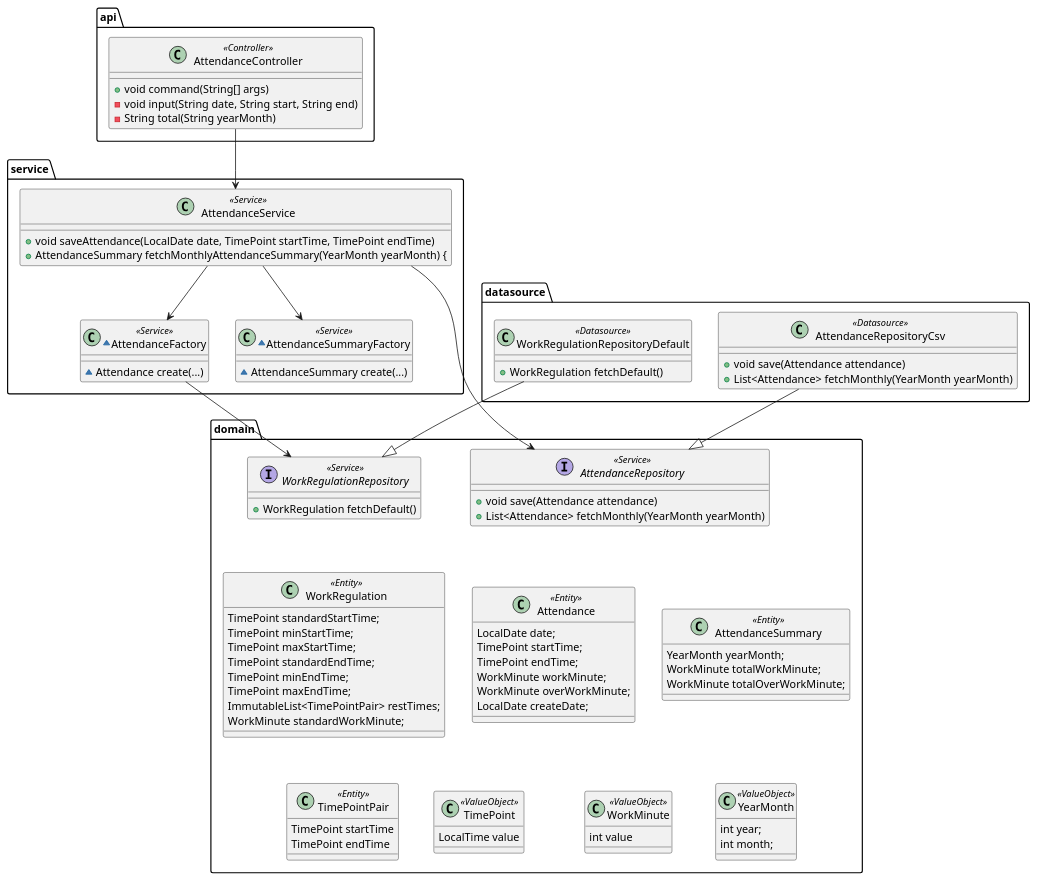
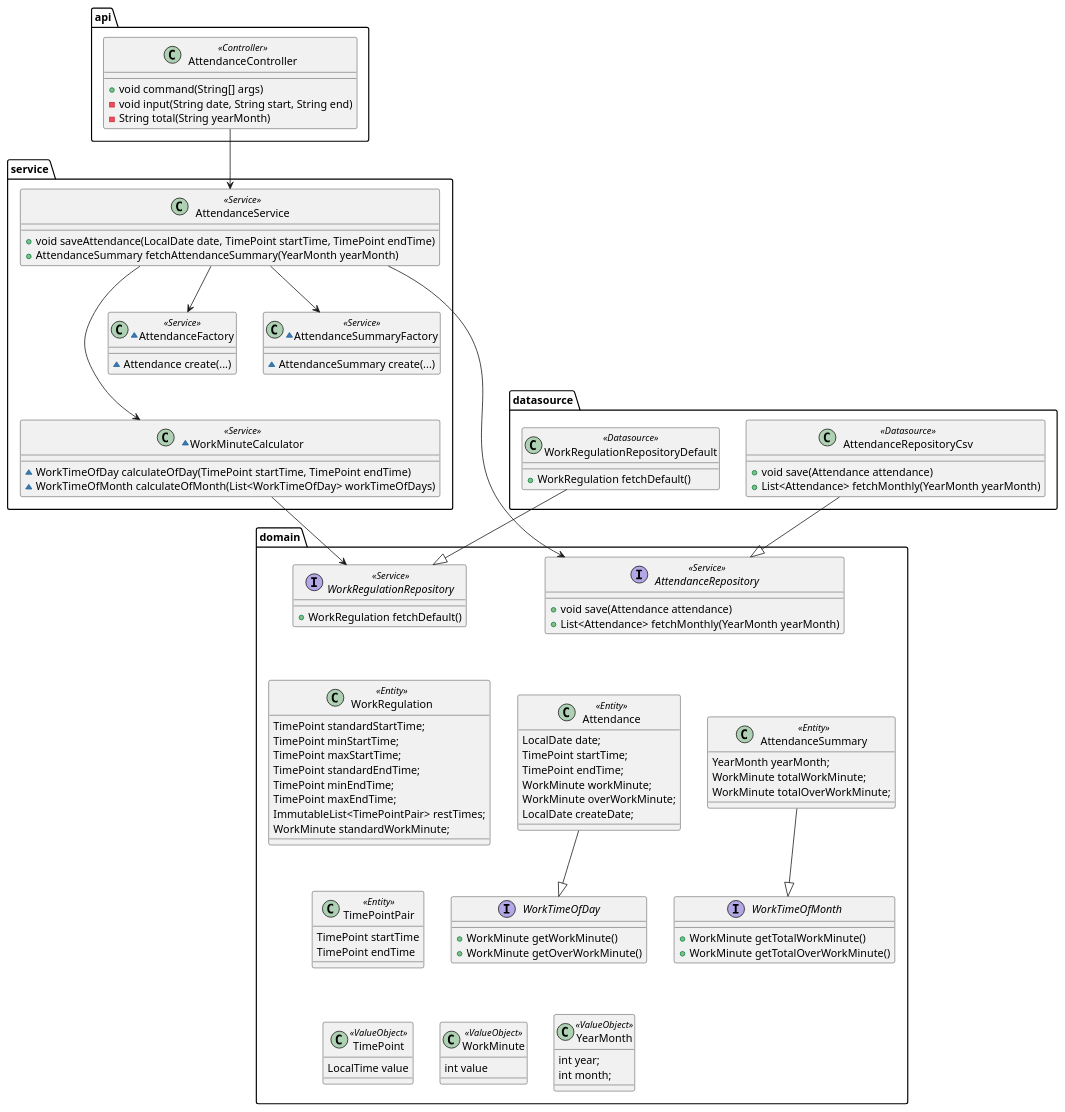
The diagram in etc/document/design/src/model.puml (biglobe-isp/kintai), drawn with PlantUML before and after one commit. The commit also changed 11 other files, not shown here.

Commit message:
Implemented AttendanceService

```diff
--- a/etc/document/design/src/model.puml
+++ b/etc/document/design/src/model.puml
@@ -1,127 +1,144 @@
 @startuml
 
 package api {
 
     class  AttendanceController <<Controller>> {
         + void command(String[] args)
         - void input(String date, String start, String end)
         - String total(String yearMonth)
     }
 }
 
 package service {
 
     class  AttendanceService <<Service>> {
         + void saveAttendance(LocalDate date, TimePoint startTime, TimePoint endTime)
-        + AttendanceSummary fetchMonthlyAttendanceSummary(YearMonth yearMonth) {
+        + AttendanceSummary fetchAttendanceSummary(YearMonth yearMonth)
     }
 
     ~class AttendanceFactory <<Service>> {
-        '~ Attendance create(LocalDate date, TimePoint startTime, TimePoint endTime, LocalDate createDate)
         ~ Attendance create(...)
     }
 
     ~class AttendanceSummaryFactory <<Service>> {
-        '~ AttendanceSummary create(YearMonth yearMonth, List<Attendance> attendances)
         ~ AttendanceSummary create(...)
+    }
+
+    ~class WorkMinuteCalculator <<Service>> {
+        ~ WorkTimeOfDay calculateOfDay(TimePoint startTime, TimePoint endTime)
+        ~ WorkTimeOfMonth calculateOfMonth(List<WorkTimeOfDay> workTimeOfDays)
     }
 }
 
 package datasource {
 
     class  AttendanceRepositoryCsv <<Datasource>> {
         + void save(Attendance attendance)
         + List<Attendance> fetchMonthly(YearMonth yearMonth)
     }
 
     class WorkRegulationRepositoryDefault <<Datasource>> {
         + WorkRegulation fetchDefault()
     }
 }
 
 package domain {
 
     class Attendance <<Entity>> {
         LocalDate date;
         TimePoint startTime;
         TimePoint endTime;
         WorkMinute workMinute;
         WorkMinute overWorkMinute;
         LocalDate createDate;
     }
 
     interface AttendanceRepository <<Service>> {
         + void save(Attendance attendance)
         + List<Attendance> fetchMonthly(YearMonth yearMonth)
     }
 
     class AttendanceSummary <<Entity>> {
         YearMonth yearMonth;
         WorkMinute totalWorkMinute;
         WorkMinute totalOverWorkMinute;
     }
 
     class TimePoint <<ValueObject>> {
         LocalTime value
     }
 
     class TimePointPair <<Entity>> {
         TimePoint startTime
         TimePoint endTime
     }
 
     class WorkMinute <<ValueObject>> {
         int value
     }
 
     class WorkRegulation <<Entity>> {
         TimePoint standardStartTime;
         TimePoint minStartTime;
         TimePoint maxStartTime;
         TimePoint standardEndTime;
         TimePoint minEndTime;
         TimePoint maxEndTime;
         ImmutableList<TimePointPair> restTimes;
         WorkMinute standardWorkMinute;
     }
 
     interface WorkRegulationRepository <<Service>> {
         + WorkRegulation fetchDefault()
     }
 
+    interface WorkTimeOfDay {
+        + WorkMinute getWorkMinute()
+        + WorkMinute getOverWorkMinute()
+    }
+
+    interface WorkTimeOfMonth {
+        + WorkMinute getTotalWorkMinute()
+        + WorkMinute getTotalOverWorkMinute()
+    }
+
     class YearMonth <<ValueObject>> {
         int year;
         int month;
     }
 }
 
 
 ''' api
 AttendanceController --> AttendanceService
 
 
 ''' service
+AttendanceService --> AttendanceRepository
 AttendanceService --> AttendanceFactory
 AttendanceService --> AttendanceSummaryFactory
-AttendanceService --> AttendanceRepository
-AttendanceFactory --> WorkRegulationRepository
+AttendanceService --> WorkMinuteCalculator
+WorkMinuteCalculator --> WorkRegulationRepository
 ' AttendanceFactory ..> Attendance : <<Create>>
 ' AttendanceSummaryFactory ..> AttendanceSummary : <<Create>>
-
+AttendanceFactory -[hidden]- WorkMinuteCalculator
 
 ''' datasource
 AttendanceRepositoryCsv --|> AttendanceRepository
 WorkRegulationRepositoryDefault --|> WorkRegulationRepository
 
 
 ''' domain
+Attendance --|> WorkTimeOfDay
+AttendanceSummary --|> WorkTimeOfMonth
+
 WorkRegulationRepository -[hidden]- WorkRegulation
 WorkRegulation -[hidden] Attendance
-Attendance -[hidden]- TimePoint
-Attendance -[hidden]- WorkMinute
-AttendanceSummary -[hidden]- YearMonth
-AttendanceSummary -[hidden]- WorkMinute
+Attendance -[hidden] AttendanceSummary
+WorkTimeOfDay -[hidden] WorkTimeOfMonth
 WorkRegulation -[hidden]- TimePointPair
-TimePointPair -[hidden] TimePoint
+TimePointPair -[hidden]- TimePoint
+TimePoint -[hidden] WorkMinute
+WorkMinute -[hidden] YearMonth
 
 @enduml
```
